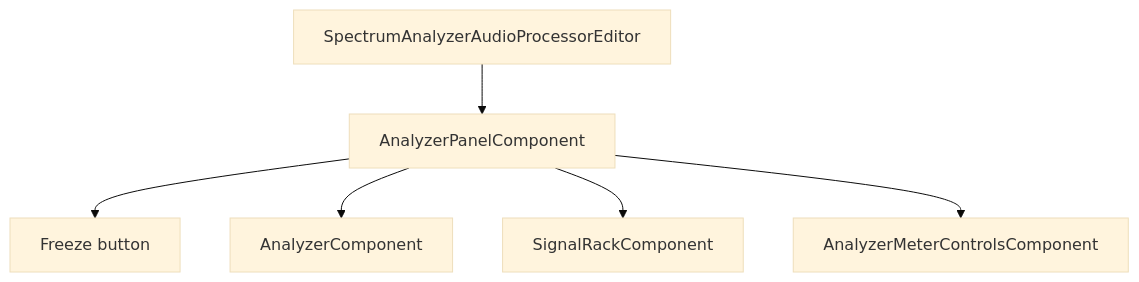
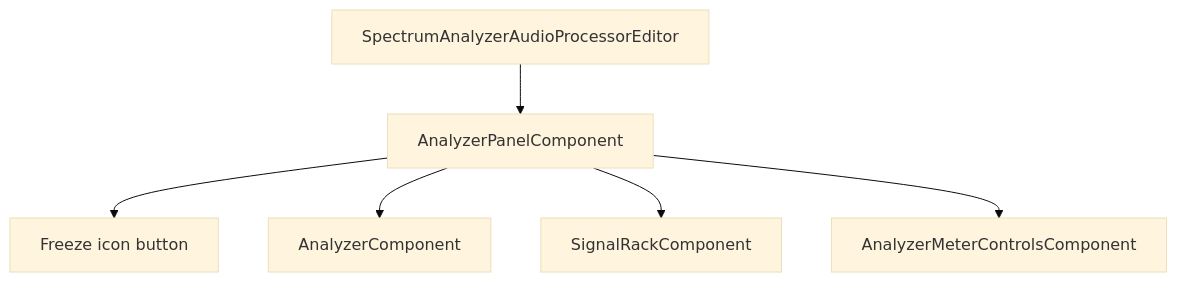
Before and after one commit to Silenterc/Band-Spectrum-Analyzer: the second of 10 diagrams in docs/ui-architecture.md, drawn with Mermaid (base theme). The commit also changed other lines of this file and 24 other files, not shown here.

````diff
--- a/docs/ui-architecture.md
+++ b/docs/ui-architecture.md
@@ -27,8 +27,8 @@
 ```mermaid
 flowchart TD
     Editor[SpectrumAnalyzerAudioProcessorEditor] --> Panel[AnalyzerPanelComponent]
-    Panel --> Freeze[Freeze button]
+    Panel --> Freeze[Freeze icon button]
     Panel --> Plot[AnalyzerComponent]
     Panel --> Rack[SignalRackComponent]
     Panel --> MeterRail[AnalyzerMeterControlsComponent]
 ```
````
